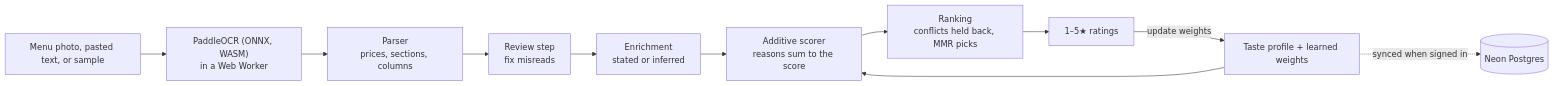
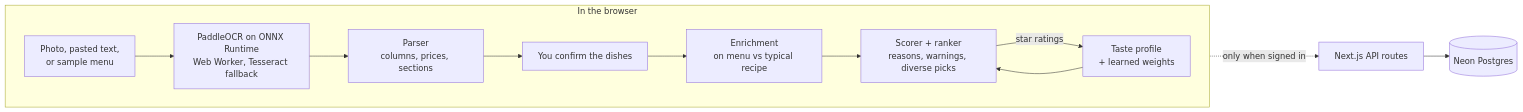
Before and after one commit to bhnsadhu/dishwise: the diagram in README.md, drawn with Mermaid. The commit also changed other lines of this file, not shown here.

````diff
--- a/README.md
+++ b/README.md
@@ -48,13 +46,14 @@
 ```mermaid
 flowchart LR
-  photo["Menu photo, pasted text, or sample"] --> ocr["PaddleOCR (ONNX, WASM)<br/>in a Web Worker"]
-  ocr --> parse["Parser<br/>prices, sections, columns"]
-  parse --> review["Review step<br/>fix misreads"]
-  review --> enrich["Enrichment<br/>stated or inferred"]
-  enrich --> score["Additive scorer<br/>reasons sum to the score"]
-  taste["Taste profile + learned weights"] --> score
-  score --> rank["Ranking<br/>conflicts held back, MMR picks"]
-  rank --> ratings["1–5★ ratings"]
-  ratings -->|"update weights"| taste
-  taste -.->|"synced when signed in"| neon[("Neon Postgres")]
+  subgraph browser["In the browser"]
+    direction LR
+    input["Photo, pasted text,<br/>or sample menu"] --> ocr["PaddleOCR on ONNX Runtime<br/>Web Worker, Tesseract fallback"]
+    ocr --> parse["Parser<br/>columns, prices, sections"]
+    parse --> check["You confirm the dishes"]
+    check --> enrich["Enrichment<br/>on menu vs typical recipe"]
+    enrich --> rank["Scorer + ranker<br/>reasons, warnings, diverse picks"]
+    profile["Taste profile<br/>+ learned weights"] --> rank
+    rank -->|"star ratings"| profile
+  end
+  profile -.->|"only when signed in"| api["Next.js API routes"] --> db[("Neon Postgres")]
 ```
````
